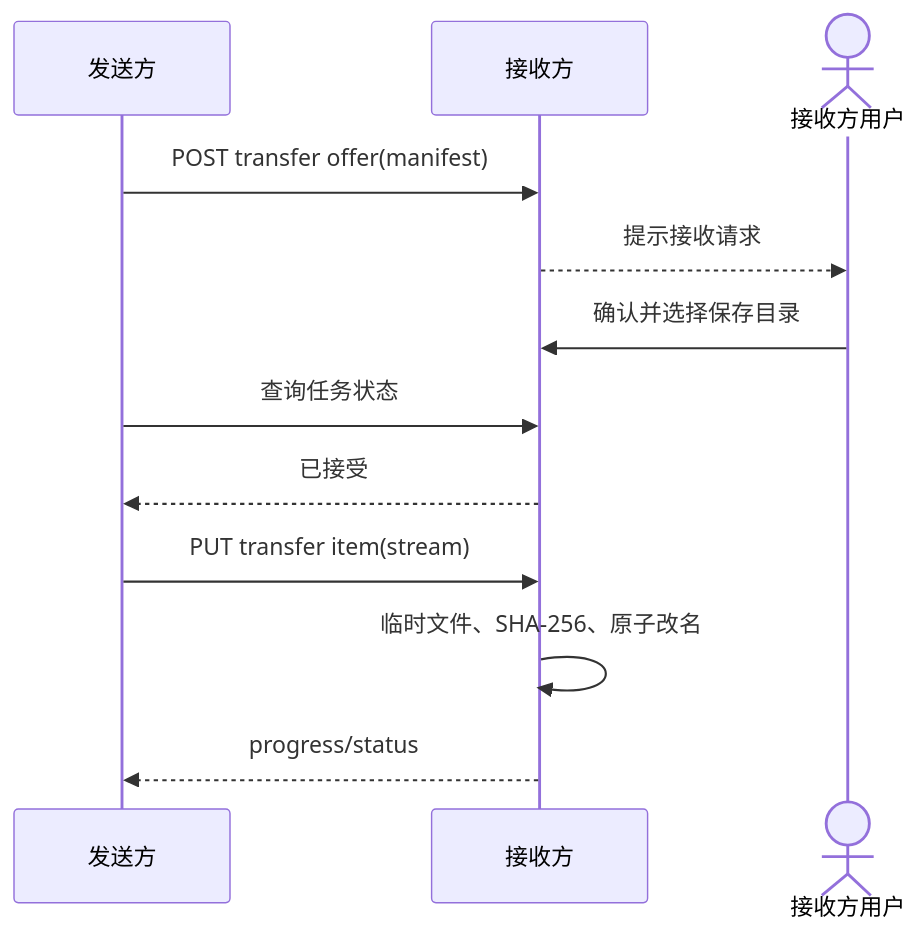
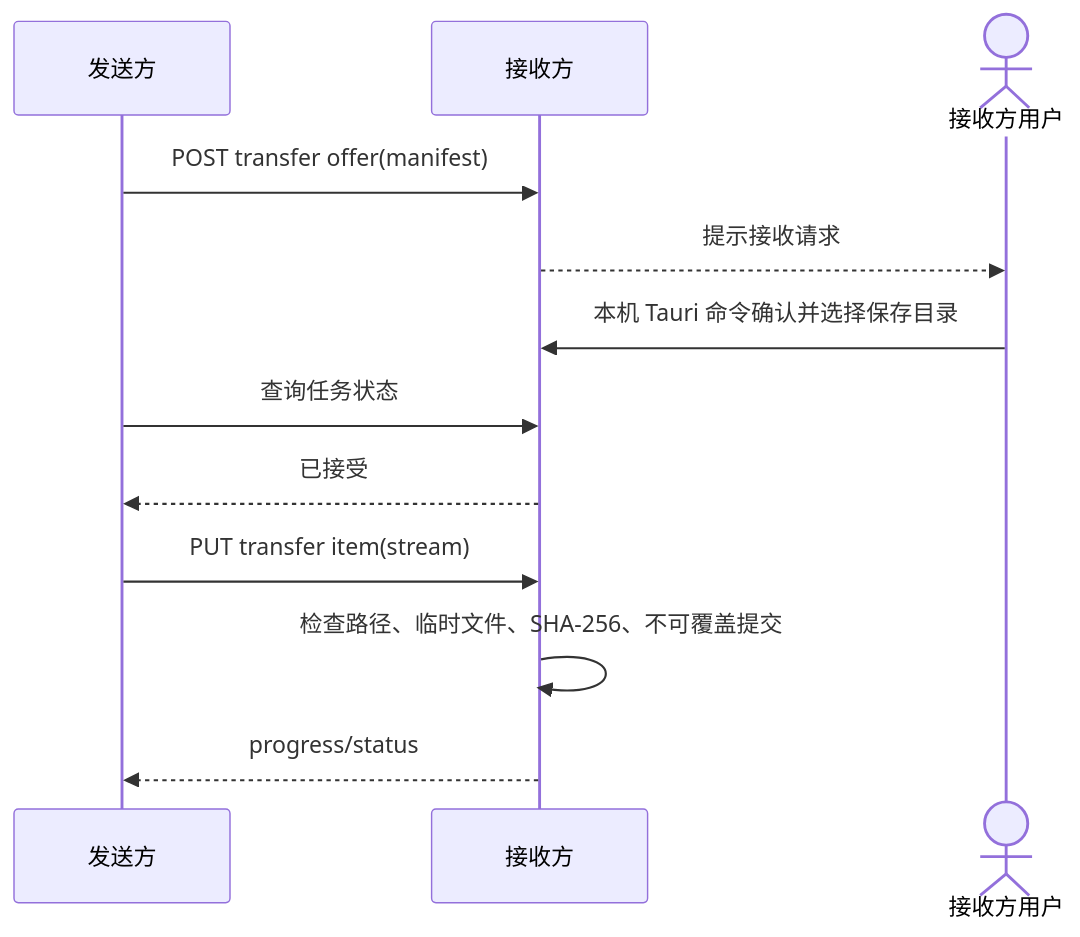
Before and after one commit to yangjinming1062/MeshShare: the fourth of 4 diagrams in docs/ARCHITECTURE_MAP.md, drawn with Mermaid. The commit also changed other lines of this file and 16 other files, not shown here.

````diff
--- a/docs/ARCHITECTURE_MAP.md
+++ b/docs/ARCHITECTURE_MAP.md
@@ -51,14 +51,14 @@
 ```mermaid
 sequenceDiagram
   participant S as 发送方
   participant R as 接收方
   actor U as 接收方用户
   S->>R: POST transfer offer(manifest)
   R-->>U: 提示接收请求
-  U->>R: 确认并选择保存目录
+  U->>R: 本机 Tauri 命令确认并选择保存目录
   S->>R: 查询任务状态
   R-->>S: 已接受
   S->>R: PUT transfer item(stream)
-  R->>R: 临时文件、SHA-256、原子改名
+  R->>R: 检查路径、临时文件、SHA-256、不可覆盖提交
   R-->>S: progress/status
 ```
````
